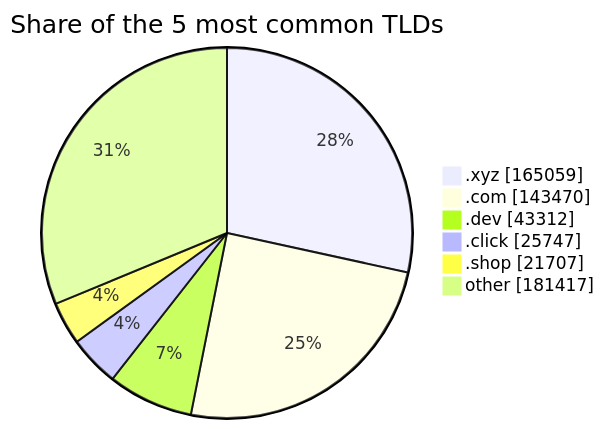
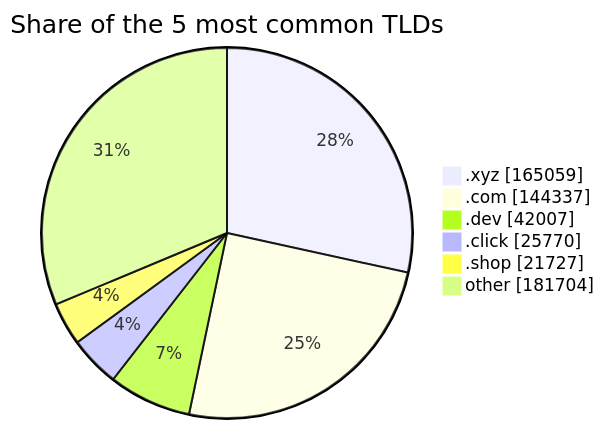
One commit to DNSBunker/CTI changed the third of 3 diagrams in README.md. Above: the diagram before and after it, drawn with Mermaid. The commit also changed other lines of this file and 3 other files, not shown here.

````diff
--- a/README.md
+++ b/README.md
@@ -81,9 +81,9 @@
 ```mermaid
 pie showData title Share of the 5 most common TLDs
     ".xyz" : 165059
-    ".com" : 143470
-    ".dev" : 43312
-    ".click" : 25747
-    ".shop" : 21707
-    "other" : 181417
+    ".com" : 144337
+    ".dev" : 42007
+    ".click" : 25770
+    ".shop" : 21727
+    "other" : 181704
 ```
````
